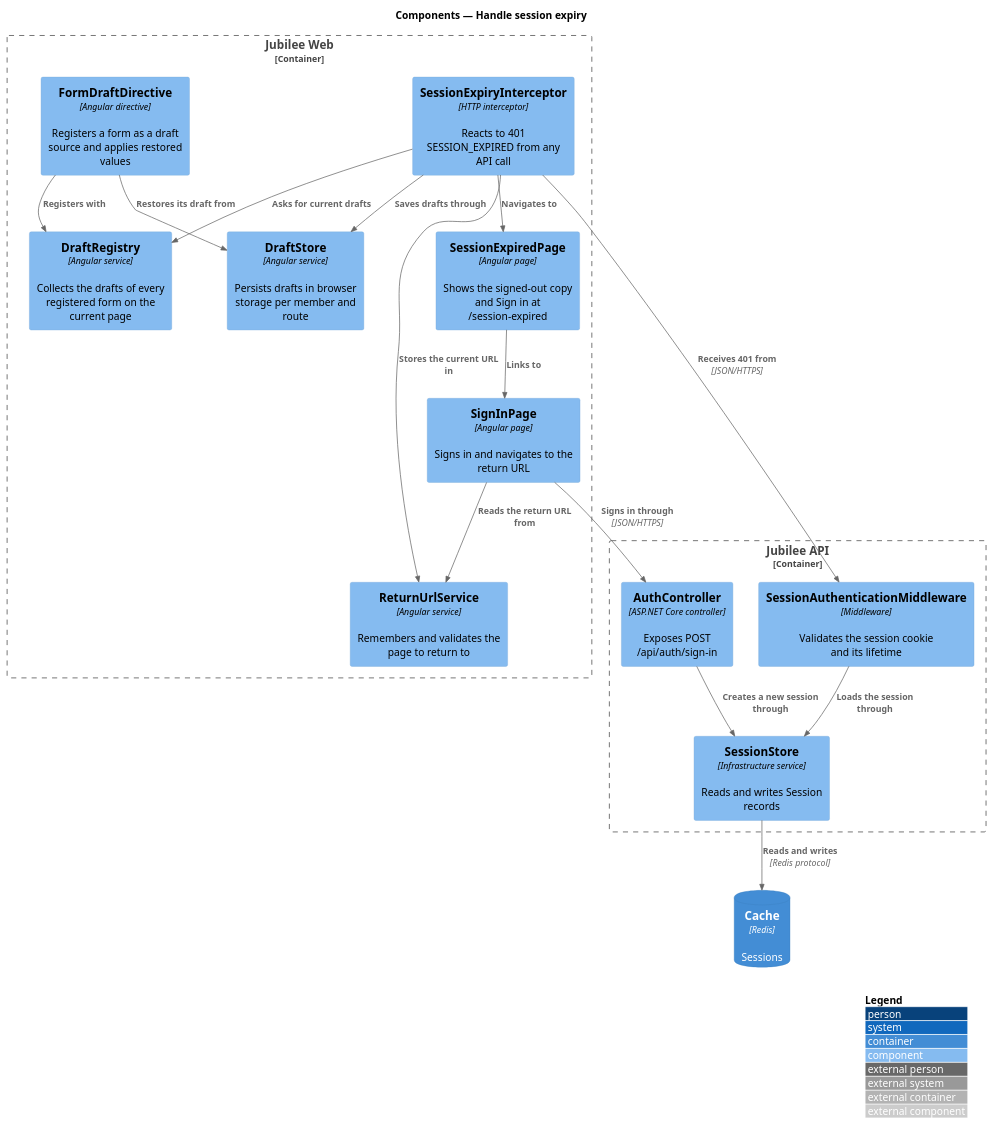
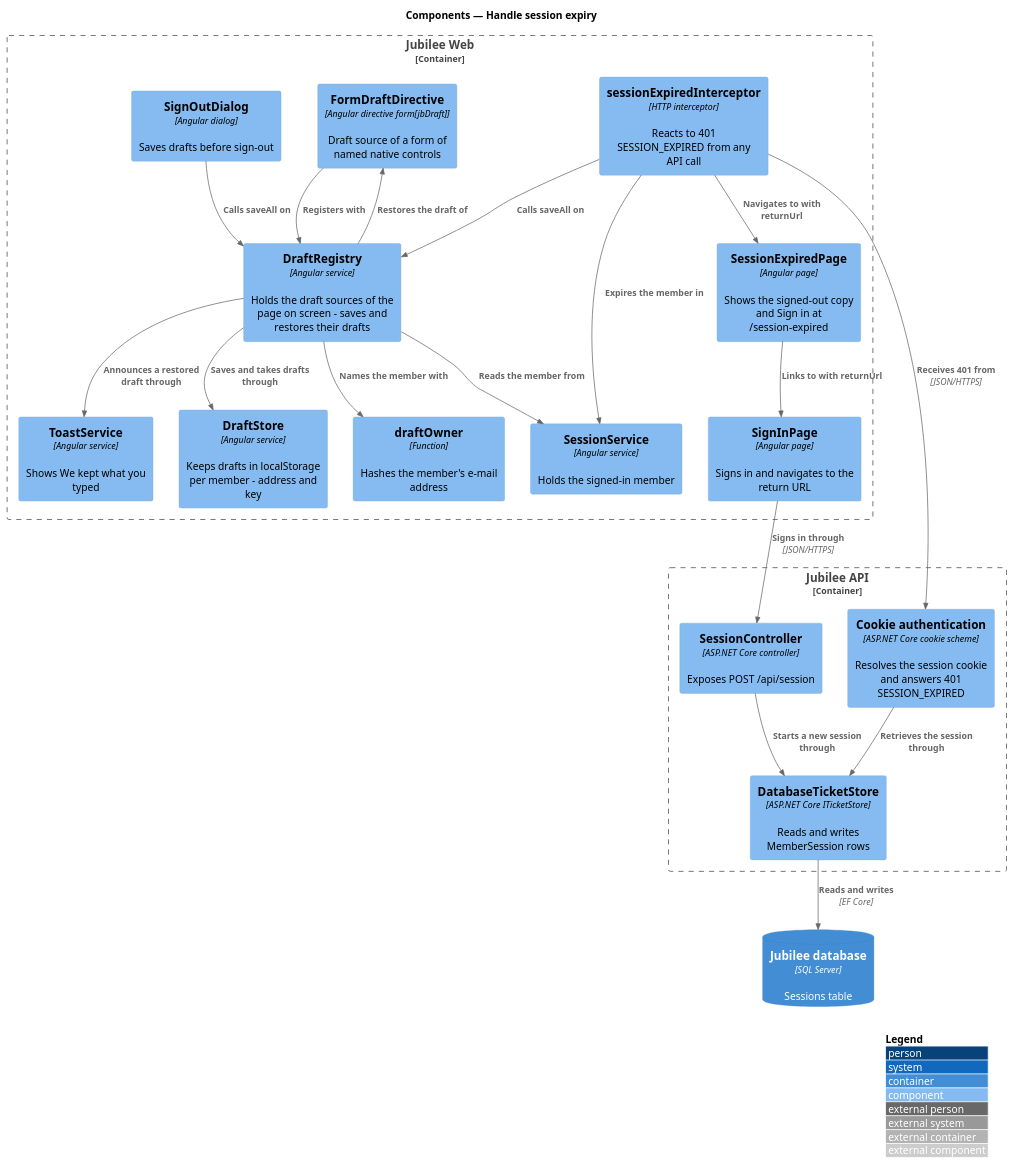
One commit to QuinntyneBrown/jubilee changed the diagram in docs/detailed-designs/system-pages/handle-session-expiry/diagrams/c4-component.puml. Above: the diagram before and after it, drawn with PlantUML. The commit also changed 35 other files, not shown here.

Commit message:
Bring the sign-in, manage-session and session-expiry designs in line with the code as built (ADR 0045)

```diff
--- a/docs/detailed-designs/system-pages/handle-session-expiry/diagrams/c4-component.puml
+++ b/docs/detailed-designs/system-pages/handle-session-expiry/diagrams/c4-component.puml
@@ -1,34 +1,40 @@
 @startuml
 !include <C4/C4_Component>
 LAYOUT_WITH_LEGEND()
 title Components — Handle session expiry
 Container_Boundary(web, "Jubilee Web") {
-  Component(form, "FormDraftDirective", "Angular directive", "Registers a form as a draft source and applies restored values")
-  Component(interceptor, "SessionExpiryInterceptor", "HTTP interceptor", "Reacts to 401 SESSION_EXPIRED from any API call")
-  Component(registry, "DraftRegistry", "Angular service", "Collects the drafts of every registered form on the current page")
-  Component(store, "DraftStore", "Angular service", "Persists drafts in browser storage per member and route")
-  Component(ret, "ReturnUrlService", "Angular service", "Remembers and validates the page to return to")
+  Component(form, "FormDraftDirective", "Angular directive form[jbDraft]", "Draft source of a form of named native controls")
+  Component(interceptor, "sessionExpiredInterceptor", "HTTP interceptor", "Reacts to 401 SESSION_EXPIRED from any API call")
+  Component(registry, "DraftRegistry", "Angular service", "Holds the draft sources of the page on screen - saves and restores their drafts")
+  Component(store, "DraftStore", "Angular service", "Keeps drafts in localStorage per member - address and key")
+  Component(owner, "draftOwner", "Function", "Hashes the member's e-mail address")
+  Component(toasts, "ToastService", "Angular service", "Shows We kept what you typed")
+  Component(session, "SessionService", "Angular service", "Holds the signed-in member")
   Component(page, "SessionExpiredPage", "Angular page", "Shows the signed-out copy and Sign in at /session-expired")
   Component(signin, "SignInPage", "Angular page", "Signs in and navigates to the return URL")
+  Component(signout, "SignOutDialog", "Angular dialog", "Saves drafts before sign-out")
 }
 Container_Boundary(api, "Jubilee API") {
-  Component(mw, "SessionAuthenticationMiddleware", "Middleware", "Validates the session cookie and its lifetime")
-  Component(auth, "AuthController", "ASP.NET Core controller", "Exposes POST /api/auth/sign-in")
-  Component(sessions, "SessionStore", "Infrastructure service", "Reads and writes Session records")
+  Component(mw, "Cookie authentication", "ASP.NET Core cookie scheme", "Resolves the session cookie and answers 401 SESSION_EXPIRED")
+  Component(ctrl, "SessionController", "ASP.NET Core controller", "Exposes POST /api/session")
+  Component(sessions, "DatabaseTicketStore", "ASP.NET Core ITicketStore", "Reads and writes MemberSession rows")
 }
-ContainerDb(cache, "Cache", "Redis", "Sessions")
+ContainerDb(db, "Jubilee database", "SQL Server", "Sessions table")
 
 Rel(form, registry, "Registers with")
 Rel(interceptor, mw, "Receives 401 from", "JSON/HTTPS")
-Rel(interceptor, registry, "Asks for current drafts")
-Rel(interceptor, store, "Saves drafts through")
-Rel(interceptor, ret, "Stores the current URL in")
-Rel(interceptor, page, "Navigates to")
-Rel(page, signin, "Links to")
-Rel(signin, auth, "Signs in through", "JSON/HTTPS")
-Rel(signin, ret, "Reads the return URL from")
-Rel(form, store, "Restores its draft from")
-Rel(mw, sessions, "Loads the session through")
-Rel(auth, sessions, "Creates a new session through")
-Rel(sessions, cache, "Reads and writes", "Redis protocol")
+Rel(interceptor, registry, "Calls saveAll on")
+Rel(interceptor, session, "Expires the member in")
+Rel(interceptor, page, "Navigates to with returnUrl")
+Rel(signout, registry, "Calls saveAll on")
+Rel(registry, store, "Saves and takes drafts through")
+Rel(registry, owner, "Names the member with")
+Rel(registry, session, "Reads the member from")
+Rel(registry, form, "Restores the draft of")
+Rel(registry, toasts, "Announces a restored draft through")
+Rel(page, signin, "Links to with returnUrl")
+Rel(signin, ctrl, "Signs in through", "JSON/HTTPS")
+Rel(mw, sessions, "Retrieves the session through")
+Rel(ctrl, sessions, "Starts a new session through")
+Rel(sessions, db, "Reads and writes", "EF Core")
 @enduml
```
